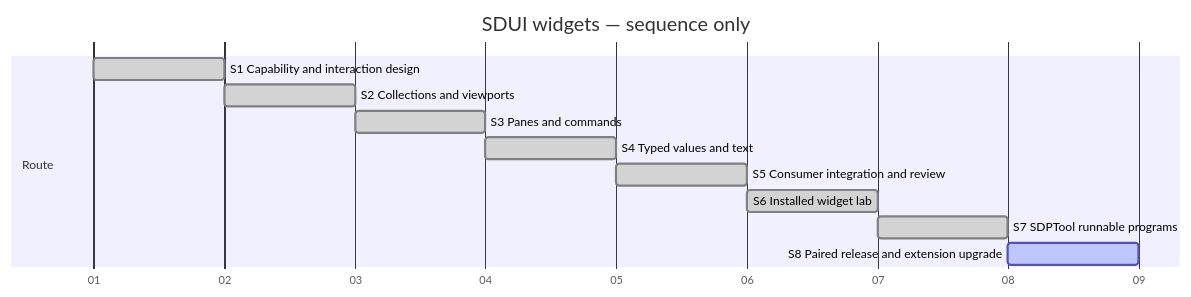
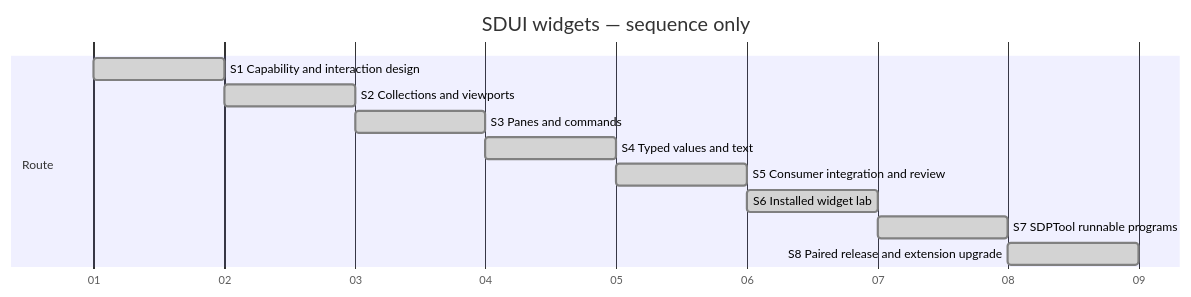
The diagram in SDP/Sessions/session-#0010--SDUI_widgets.md (Hans-Einar/SDP), drawn with Mermaid before and after one commit. The commit also changed other lines of this file and 19 other files, not shown here.

Commit message:
RSP2-M2 reconcile published SDP 2.2.0 and verified extension upgrade

````diff
--- a/SDP/Sessions/session-#0010--SDUI_widgets.md
+++ b/SDP/Sessions/session-#0010--SDUI_widgets.md
@@ -10,15 +10,15 @@
 ```mermaid
 gantt
     title SDUI widgets — sequence only
     dateFormat YYYY-MM-DD
     axisFormat %d
     section Route
     S1 Capability and interaction design :done, s1, 2000-01-01, 1d
     S2 Collections and viewports :done, s2, after s1, 1d
     S3 Panes and commands :done, s3, after s2, 1d
     S4 Typed values and text :done, s4, after s3, 1d
     S5 Consumer integration and review :done, s5, after s4, 1d
     S6 Installed widget lab :done, s6, after s5, 1d
     S7 SDPTool runnable programs :done, s7, after s6, 1d
-    S8 Paired release and extension upgrade :active, s8, after s7, 1d
+    S8 Paired release and extension upgrade :done, s8, after s7, 1d
 ```
````
